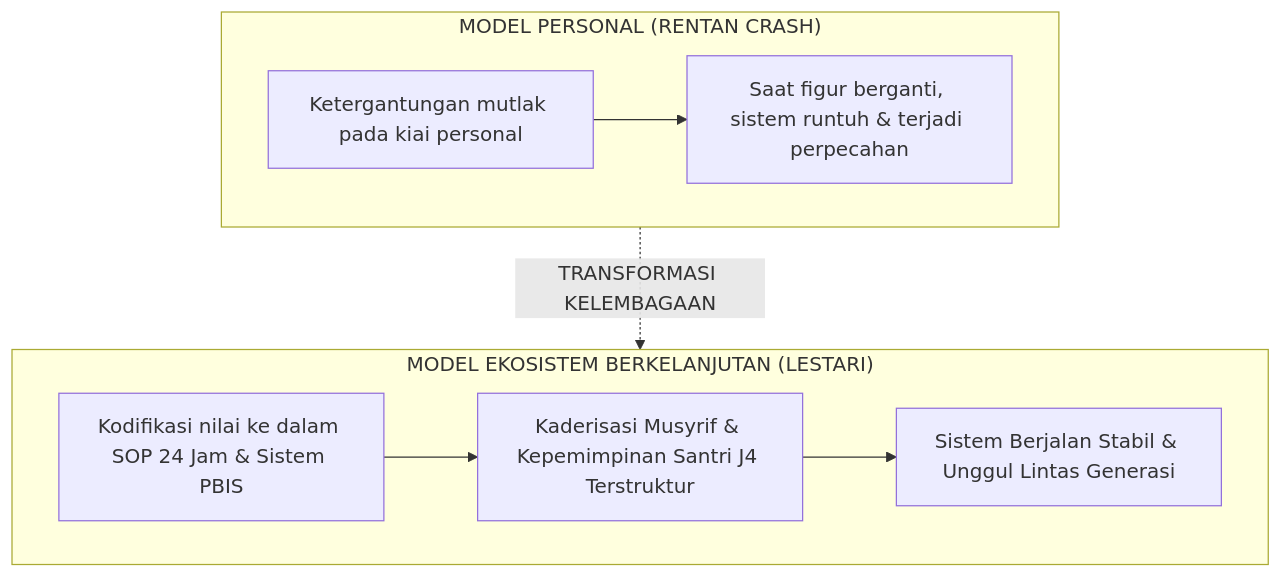
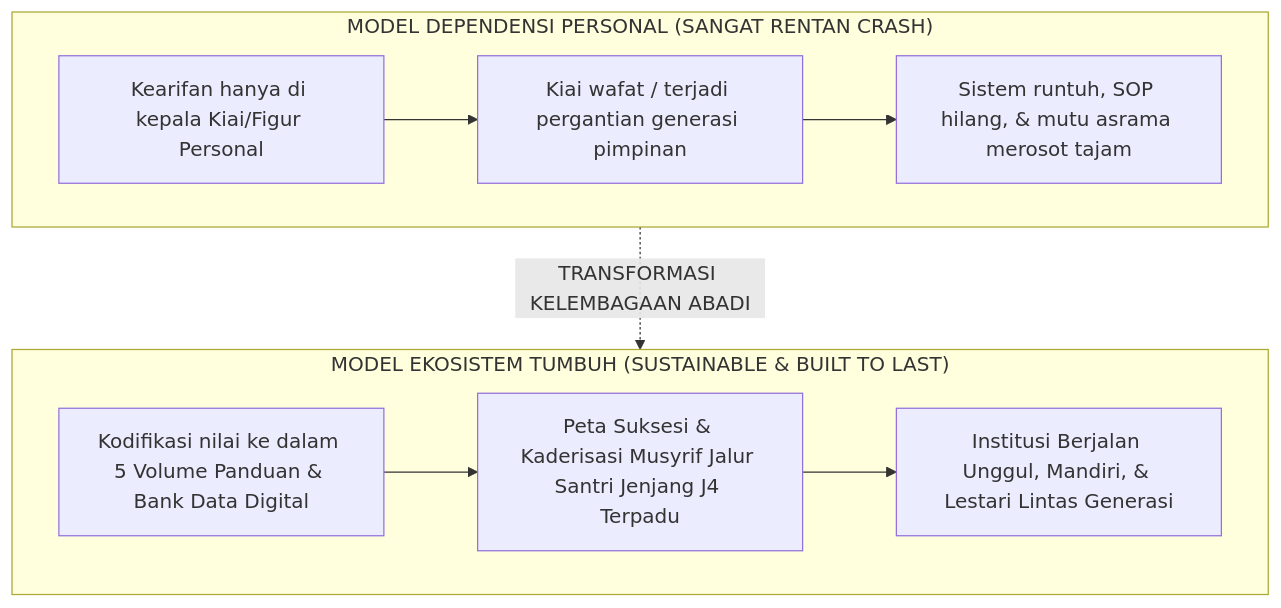
One commit to wandiapriliyandi/tumbuh changed the diagram in BOOK Series 2/Volume-05-Manual-Operasional-SOP-24Jam-dan-Tata-Kelola/Bab-08-Audit-Mutu-dan-Keberlanjutan-Sistem/03-Keberlanjutan-Sistem-dan-Regenerasi.md. Above: the diagram before and after it, drawn with Mermaid. The commit also changed other lines of this file and 61 other files, not shown here.

````diff
--- a/BOOK Series 2/Volume-05-Manual-Operasional-SOP-24Jam-dan-Tata-Kelola/Bab-08-Audit-Mutu-dan-Keberlanjutan-Sistem/03-Keberlanjutan-Sistem-dan-Regenerasi.md
+++ b/BOOK Series 2/Volume-05-Manual-Operasional-SOP-24Jam-dan-Tata-Kelola/Bab-08-Audit-Mutu-dan-Keberlanjutan-Sistem/03-Keberlanjutan-Sistem-dan-Regenerasi.md
@@ -11,13 +16,14 @@
 ```mermaid
 flowchart TD
-    subgraph ModelTradisional["MODEL PERSONAL (RENTAN CRASH)"]
-        P1["Ketergantungan mutlak pada kiai personal"] --> P2["Saat figur berganti, sistem runtuh & terjadi perpecahan"]
+    subgraph ModelTradisional["MODEL DEPENDENSI PERSONAL (SANGAT RENTAN CRASH)"]
+        P1["Kearifan hanya di kepala Kiai/Figur Personal"] --> P2["Kiai wafat / terjadi pergantian generasi pimpinan"]
+        P2 --> P3["Sistem runtuh, SOP hilang, & mutu asrama merosot tajam"]
     end
 
-    subgraph ModelTUMBUH["MODEL EKOSISTEM BERKELANJUTAN (LESTARI)"]
-        T1["Kodifikasi nilai ke dalam SOP 24 Jam & Sistem PBIS"] --> T2["Kaderisasi Musyrif & Kepemimpinan Santri J4 Terstruktur"]
-        T2 --> T3["Sistem Berjalan Stabil & Unggul Lintas Generasi"]
+    subgraph ModelTUMBUH["MODEL EKOSISTEM TUMBUH (SUSTAINABLE & BUILT TO LAST)"]
+        T1["Kodifikasi nilai ke dalam 5 Volume Panduan & Bank Data Digital"] --> T2["Peta Suksesi & Kaderisasi Musyrif Jalur Santri Jenjang J4 Terpadu"]
+        T2 --> T3["Institusi Berjalan Unggul, Mandiri, & Lestari Lintas Generasi"]
     end
 
-    ModelTradisional -.->|TRANSFORMASI KELEMBAGAAN| ModelTUMBUH
+    ModelTradisional -.->|TRANSFORMASI KELEMBAGAAN ABADI| ModelTUMBUH
 ```
````
